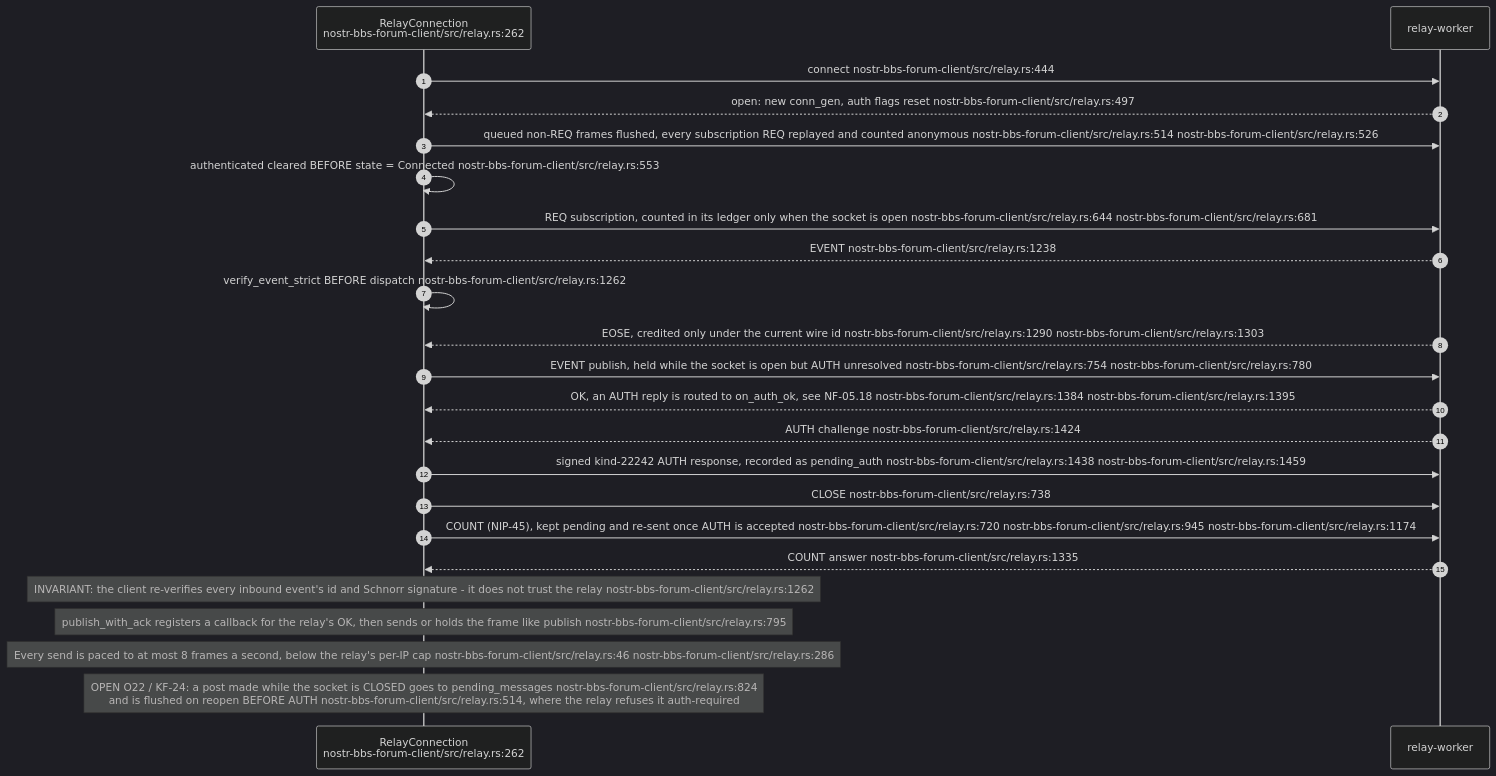
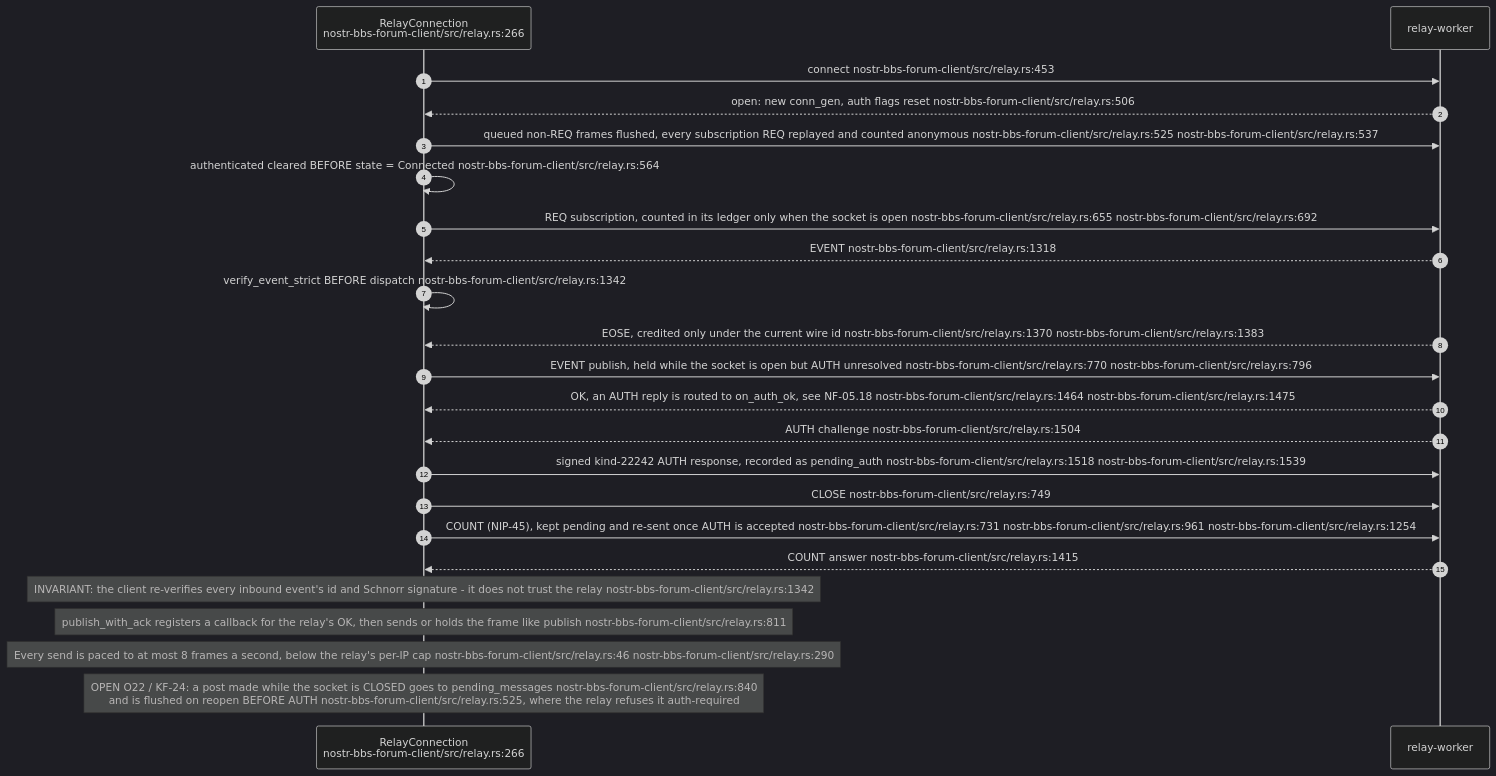
Before and after one commit to DreamLab-AI/VisionFlow: the fifth of 20 diagrams in docs/diagrams/nostr-rust-forum/05-leptos-clients-onboarding-messaging-governance.md, drawn with Mermaid (dark theme). The commit also changed other lines of this file and 1 other file, not shown here.

First line of the commit message:
WIP diagrams/kit-fold: re-stamp NF-05 and NF-10 to fd31193, close O21, fold kit register items

````diff
--- a/docs/diagrams/nostr-rust-forum/05-leptos-clients-onboarding-messaging-governance.md
+++ b/docs/diagrams/nostr-rust-forum/05-leptos-clients-onboarding-messaging-governance.md
@@ -221,27 +224,27 @@
 ```mermaid
 sequenceDiagram
     autonumber
-    participant C as RelayConnection<br/>nostr-bbs-forum-client/src/relay.rs:262
+    participant C as RelayConnection<br/>nostr-bbs-forum-client/src/relay.rs:266
     participant R as relay-worker
 
-    C->>R: connect nostr-bbs-forum-client/src/relay.rs:444
-    R-->>C: open: new conn_gen, auth flags reset nostr-bbs-forum-client/src/relay.rs:497
-    C->>R: queued non-REQ frames flushed, every subscription REQ replayed and counted anonymous nostr-bbs-forum-client/src/relay.rs:514 nostr-bbs-forum-client/src/relay.rs:526
-    C->>C: authenticated cleared BEFORE state = Connected nostr-bbs-forum-client/src/relay.rs:553
-    C->>R: REQ subscription, counted in its ledger only when the socket is open nostr-bbs-forum-client/src/relay.rs:644 nostr-bbs-forum-client/src/relay.rs:681
-    R-->>C: EVENT nostr-bbs-forum-client/src/relay.rs:1238
-    C->>C: verify_event_strict BEFORE dispatch nostr-bbs-forum-client/src/relay.rs:1262
-    R-->>C: EOSE, credited only under the current wire id nostr-bbs-forum-client/src/relay.rs:1290 nostr-bbs-forum-client/src/relay.rs:1303
-    C->>R: EVENT publish, held while the socket is open but AUTH unresolved nostr-bbs-forum-client/src/relay.rs:754 nostr-bbs-forum-client/src/relay.rs:780
-    R-->>C: OK, an AUTH reply is routed to on_auth_ok, see NF-05.18 nostr-bbs-forum-client/src/relay.rs:1384 nostr-bbs-forum-client/src/relay.rs:1395
-    R-->>C: AUTH challenge nostr-bbs-forum-client/src/relay.rs:1424
-    C->>R: signed kind-22242 AUTH response, recorded as pending_auth nostr-bbs-forum-client/src/relay.rs:1438 nostr-bbs-forum-client/src/relay.rs:1459
-    C->>R: CLOSE nostr-bbs-forum-client/src/relay.rs:738
-    C->>R: COUNT (NIP-45), kept pending and re-sent once AUTH is accepted nostr-bbs-forum-client/src/relay.rs:720 nostr-bbs-forum-client/src/relay.rs:945 nostr-bbs-forum-client/src/relay.rs:1174
-    R-->>C: COUNT answer nostr-bbs-forum-client/src/relay.rs:1335
+    C->>R: connect nostr-bbs-forum-client/src/relay.rs:453
+    R-->>C: open: new conn_gen, auth flags reset nostr-bbs-forum-client/src/relay.rs:506
+    C->>R: queued non-REQ frames flushed, every subscription REQ replayed and counted anonymous nostr-bbs-forum-client/src/relay.rs:525 nostr-bbs-forum-client/src/relay.rs:537
+    C->>C: authenticated cleared BEFORE state = Connected nostr-bbs-forum-client/src/relay.rs:564
+    C->>R: REQ subscription, counted in its ledger only when the socket is open nostr-bbs-forum-client/src/relay.rs:655 nostr-bbs-forum-client/src/relay.rs:692
+    R-->>C: EVENT nostr-bbs-forum-client/src/relay.rs:1318
+    C->>C: verify_event_strict BEFORE dispatch nostr-bbs-forum-client/src/relay.rs:1342
+    R-->>C: EOSE, credited only under the current wire id nostr-bbs-forum-client/src/relay.rs:1370 nostr-bbs-forum-client/src/relay.rs:1383
+    C->>R: EVENT publish, held while the socket is open but AUTH unresolved nostr-bbs-forum-client/src/relay.rs:770 nostr-bbs-forum-client/src/relay.rs:796
+    R-->>C: OK, an AUTH reply is routed to on_auth_ok, see NF-05.18 nostr-bbs-forum-client/src/relay.rs:1464 nostr-bbs-forum-client/src/relay.rs:1475
+    R-->>C: AUTH challenge nostr-bbs-forum-client/src/relay.rs:1504
+    C->>R: signed kind-22242 AUTH response, recorded as pending_auth nostr-bbs-forum-client/src/relay.rs:1518 nostr-bbs-forum-client/src/relay.rs:1539
+    C->>R: CLOSE nostr-bbs-forum-client/src/relay.rs:749
+    C->>R: COUNT (NIP-45), kept pending and re-sent once AUTH is accepted nostr-bbs-forum-client/src/relay.rs:731 nostr-bbs-forum-client/src/relay.rs:961 nostr-bbs-forum-client/src/relay.rs:1254
+    R-->>C: COUNT answer nostr-bbs-forum-client/src/relay.rs:1415
 
-    Note over C: INVARIANT: the client re-verifies every inbound event's id and Schnorr signature - it does not trust the relay nostr-bbs-forum-client/src/relay.rs:1262
-    Note over C: publish_with_ack registers a callback for the relay's OK, then sends or holds the frame like publish nostr-bbs-forum-client/src/relay.rs:795
-    Note over C: Every send is paced to at most 8 frames a second, below the relay's per-IP cap nostr-bbs-forum-client/src/relay.rs:46 nostr-bbs-forum-client/src/relay.rs:286
-    Note over C: OPEN O22 / KF-24: a post made while the socket is CLOSED goes to pending_messages nostr-bbs-forum-client/src/relay.rs:824<br/>and is flushed on reopen BEFORE AUTH nostr-bbs-forum-client/src/relay.rs:514, where the relay refuses it auth-required
+    Note over C: INVARIANT: the client re-verifies every inbound event's id and Schnorr signature - it does not trust the relay nostr-bbs-forum-client/src/relay.rs:1342
+    Note over C: publish_with_ack registers a callback for the relay's OK, then sends or holds the frame like publish nostr-bbs-forum-client/src/relay.rs:811
+    Note over C: Every send is paced to at most 8 frames a second, below the relay's per-IP cap nostr-bbs-forum-client/src/relay.rs:46 nostr-bbs-forum-client/src/relay.rs:290
+    Note over C: OPEN O22 / KF-24: a post made while the socket is CLOSED goes to pending_messages nostr-bbs-forum-client/src/relay.rs:840<br/>and is flushed on reopen BEFORE AUTH nostr-bbs-forum-client/src/relay.rs:525, where the relay refuses it auth-required
 ```
````
